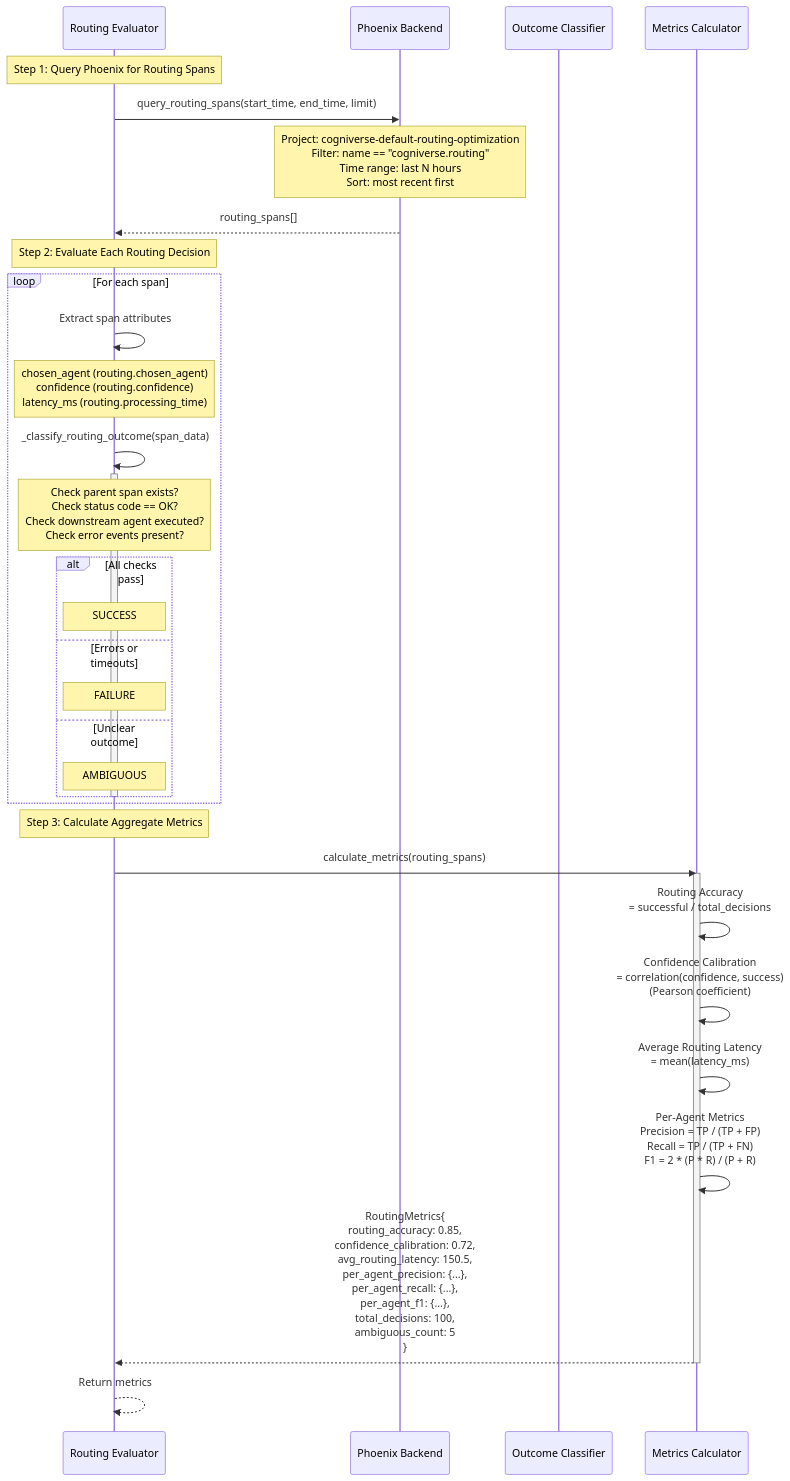
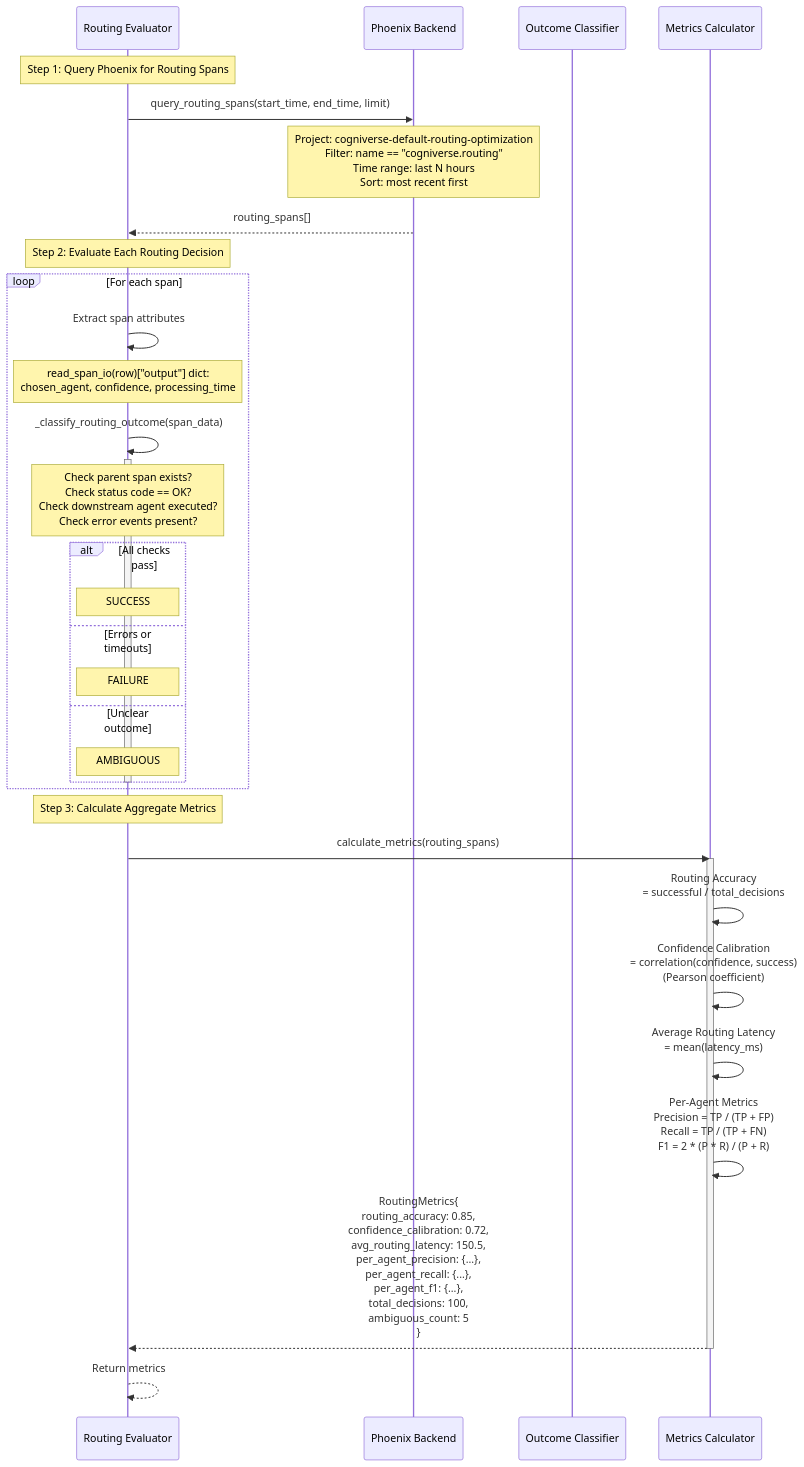
The second of 4 diagrams in docs/modules/evaluation.md (amit-jain/cogniverse), drawn with Mermaid before and after one commit. The commit also changed other lines of this file and 18 other files, not shown here.

````diff
--- a/docs/modules/evaluation.md
+++ b/docs/modules/evaluation.md
@@ -296,45 +296,45 @@
 ```mermaid
 sequenceDiagram
     participant Evaluator as Routing Evaluator
     participant Phoenix as Phoenix Backend
     participant Classifier as Outcome Classifier
     participant Calculator as Metrics Calculator
 
     Note over Evaluator: Step 1: Query Phoenix for Routing Spans
     Evaluator->>Phoenix: query_routing_spans(start_time, end_time, limit)
     Note over Phoenix: Project: cogniverse-default-routing-optimization<br/>Filter: name == "cogniverse.routing"<br/>Time range: last N hours<br/>Sort: most recent first
     Phoenix-->>Evaluator: routing_spans[]
 
     Note over Evaluator: Step 2: Evaluate Each Routing Decision
     loop For each span
         Evaluator->>Evaluator: Extract span attributes
-        Note over Evaluator: chosen_agent (routing.chosen_agent)<br/>confidence (routing.confidence)<br/>latency_ms (routing.processing_time)
+        Note over Evaluator: read_span_io(row)["output"] dict:<br/>chosen_agent, confidence, processing_time
 
         Evaluator->>Evaluator: _classify_routing_outcome(span_data)
         activate Evaluator
         Note over Evaluator: Check parent span exists?<br/>Check status code == OK?<br/>Check downstream agent executed?<br/>Check error events present?
 
         alt All checks pass
             Note over Evaluator: SUCCESS
         else Errors or timeouts
             Note over Evaluator: FAILURE
         else Unclear outcome
             Note over Evaluator: AMBIGUOUS
         end
         deactivate Evaluator
     end
 
     Note over Evaluator: Step 3: Calculate Aggregate Metrics
     Evaluator->>Calculator: calculate_metrics(routing_spans)
     activate Calculator
 
     Calculator->>Calculator: Routing Accuracy<br/>= successful / total_decisions
     Calculator->>Calculator: Confidence Calibration<br/>= correlation(confidence, success)<br/>(Pearson coefficient)
     Calculator->>Calculator: Average Routing Latency<br/>= mean(latency_ms)
     Calculator->>Calculator: Per-Agent Metrics<br/>Precision = TP / (TP + FP)<br/>Recall = TP / (TP + FN)<br/>F1 = 2 * (P * R) / (P + R)
 
     Calculator-->>Evaluator: RoutingMetrics{<br/>routing_accuracy: 0.85,<br/>confidence_calibration: 0.72,<br/>avg_routing_latency: 150.5,<br/>per_agent_precision: {...},<br/>per_agent_recall: {...},<br/>per_agent_f1: {...},<br/>total_decisions: 100,<br/>ambiguous_count: 5<br/>}
     deactivate Calculator
 
     Evaluator-->>Evaluator: Return metrics
 ```
````
